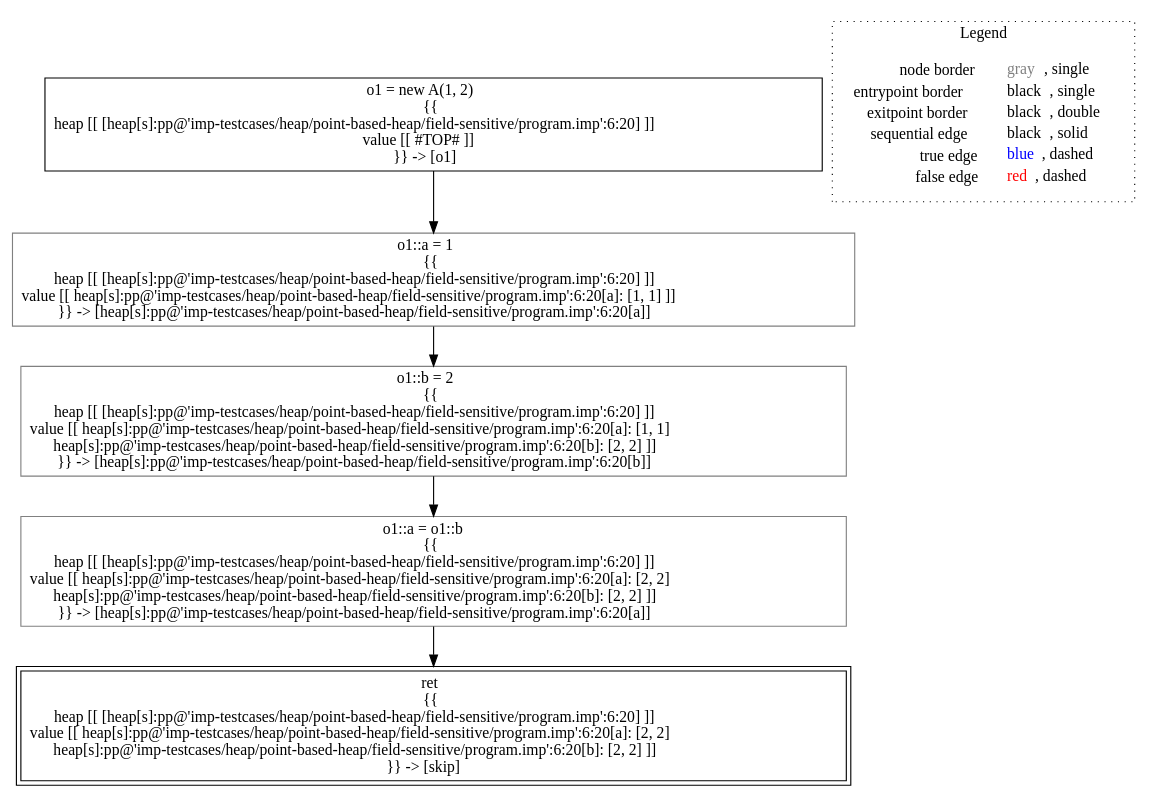
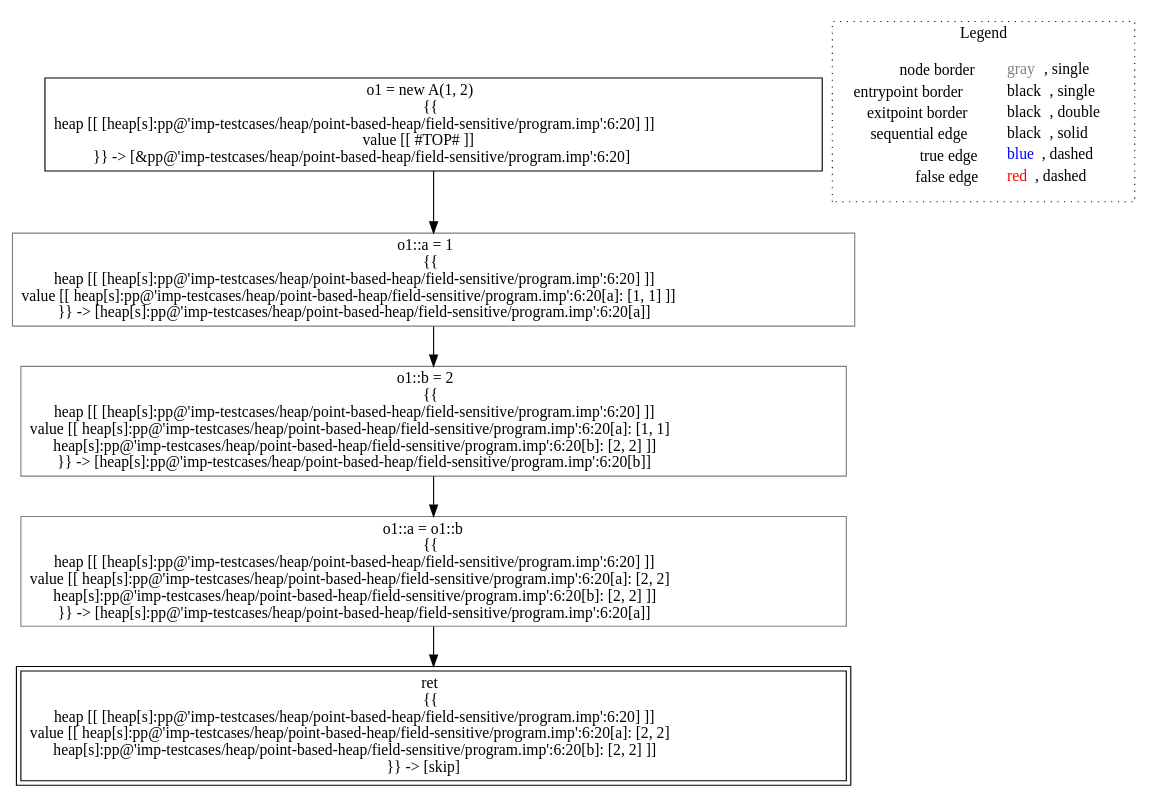
One commit to lisa-analyzer/lisa changed the diagram in lisa/imp-testcases/heap/point-based-heap/field-sensitive/analysis___untyped_A.f1(A_this).dot. Above: the diagram before and after it, drawn with Graphviz. The commit also changed 15 other files, not shown here.

Commit message:
#95 refactoring, simplified point based analysis

```diff
--- a/lisa/imp-testcases/heap/point-based-heap/field-sensitive/analysis___untyped_A.f1(A_this).dot
+++ b/lisa/imp-testcases/heap/point-based-heap/field-sensitive/analysis___untyped_A.f1(A_this).dot
@@ -1,18 +1,18 @@
 digraph {
-	"node0" [shape="rect",color="black",label=<o1 = new A(1, 2)<BR/>{{<BR/>heap [[ [heap[s]:pp@'imp-testcases/heap/point-based-heap/field-sensitive/program.imp':6:20] ]]<BR/>value [[ #TOP# ]]<BR/>}} -&gt; [o1]>];
-	"node1" [shape="rect",color="gray",label=<o1::a = 1<BR/>{{<BR/>heap [[ [heap[s]:pp@'imp-testcases/heap/point-based-heap/field-sensitive/program.imp':6:20] ]]<BR/>value [[ heap[s]:pp@'imp-testcases/heap/point-based-heap/field-sensitive/program.imp':6:20[a]: [1, 1] ]]<BR/>}} -&gt; [heap[s]:pp@'imp-testcases/heap/point-based-heap/field-sensitive/program.imp':6:20[a]]>];
-	"node2" [shape="rect",color="black",peripheries="2",label=<ret<BR/>{{<BR/>heap [[ [heap[s]:pp@'imp-testcases/heap/point-based-heap/field-sensitive/program.imp':6:20] ]]<BR/>value [[ heap[s]:pp@'imp-testcases/heap/point-based-heap/field-sensitive/program.imp':6:20[a]: [2, 2]<BR/>heap[s]:pp@'imp-testcases/heap/point-based-heap/field-sensitive/program.imp':6:20[b]: [2, 2] ]]<BR/>}} -&gt; [skip]>];
-	"node3" [shape="rect",color="gray",label=<o1::a = o1::b<BR/>{{<BR/>heap [[ [heap[s]:pp@'imp-testcases/heap/point-based-heap/field-sensitive/program.imp':6:20] ]]<BR/>value [[ heap[s]:pp@'imp-testcases/heap/point-based-heap/field-sensitive/program.imp':6:20[a]: [2, 2]<BR/>heap[s]:pp@'imp-testcases/heap/point-based-heap/field-sensitive/program.imp':6:20[b]: [2, 2] ]]<BR/>}} -&gt; [heap[s]:pp@'imp-testcases/heap/point-based-heap/field-sensitive/program.imp':6:20[a]]>];
-	"node4" [shape="rect",color="gray",label=<o1::b = 2<BR/>{{<BR/>heap [[ [heap[s]:pp@'imp-testcases/heap/point-based-heap/field-sensitive/program.imp':6:20] ]]<BR/>value [[ heap[s]:pp@'imp-testcases/heap/point-based-heap/field-sensitive/program.imp':6:20[a]: [1, 1]<BR/>heap[s]:pp@'imp-testcases/heap/point-based-heap/field-sensitive/program.imp':6:20[b]: [2, 2] ]]<BR/>}} -&gt; [heap[s]:pp@'imp-testcases/heap/point-based-heap/field-sensitive/program.imp':6:20[b]]>];
+	"node0" [shape="rect",color="black",label=<o1 = new A(1, 2)<BR/>{{<BR/>heap [[ [heap[s]:pp@'imp-testcases/heap/point-based-heap/field-sensitive/program.imp':6:20] ]]<BR/>value [[ #TOP# ]]<BR/>}} -&gt; [&amp;pp@'imp-testcases/heap/point-based-heap/field-sensitive/program.imp':6:20]>];
+	"node1" [shape="rect",color="gray",label=<o1::b = 2<BR/>{{<BR/>heap [[ [heap[s]:pp@'imp-testcases/heap/point-based-heap/field-sensitive/program.imp':6:20] ]]<BR/>value [[ heap[s]:pp@'imp-testcases/heap/point-based-heap/field-sensitive/program.imp':6:20[a]: [1, 1]<BR/>heap[s]:pp@'imp-testcases/heap/point-based-heap/field-sensitive/program.imp':6:20[b]: [2, 2] ]]<BR/>}} -&gt; [heap[s]:pp@'imp-testcases/heap/point-based-heap/field-sensitive/program.imp':6:20[b]]>];
+	"node2" [shape="rect",color="gray",label=<o1::a = 1<BR/>{{<BR/>heap [[ [heap[s]:pp@'imp-testcases/heap/point-based-heap/field-sensitive/program.imp':6:20] ]]<BR/>value [[ heap[s]:pp@'imp-testcases/heap/point-based-heap/field-sensitive/program.imp':6:20[a]: [1, 1] ]]<BR/>}} -&gt; [heap[s]:pp@'imp-testcases/heap/point-based-heap/field-sensitive/program.imp':6:20[a]]>];
+	"node3" [shape="rect",color="black",peripheries="2",label=<ret<BR/>{{<BR/>heap [[ [heap[s]:pp@'imp-testcases/heap/point-based-heap/field-sensitive/program.imp':6:20] ]]<BR/>value [[ heap[s]:pp@'imp-testcases/heap/point-based-heap/field-sensitive/program.imp':6:20[a]: [2, 2]<BR/>heap[s]:pp@'imp-testcases/heap/point-based-heap/field-sensitive/program.imp':6:20[b]: [2, 2] ]]<BR/>}} -&gt; [skip]>];
+	"node4" [shape="rect",color="gray",label=<o1::a = o1::b<BR/>{{<BR/>heap [[ [heap[s]:pp@'imp-testcases/heap/point-based-heap/field-sensitive/program.imp':6:20] ]]<BR/>value [[ heap[s]:pp@'imp-testcases/heap/point-based-heap/field-sensitive/program.imp':6:20[a]: [2, 2]<BR/>heap[s]:pp@'imp-testcases/heap/point-based-heap/field-sensitive/program.imp':6:20[b]: [2, 2] ]]<BR/>}} -&gt; [heap[s]:pp@'imp-testcases/heap/point-based-heap/field-sensitive/program.imp':6:20[a]]>];
 	"node1" -> "node4" [color="black"];
-	"node0" -> "node1" [color="black"];
-	"node3" -> "node2" [color="black"];
+	"node2" -> "node1" [color="black"];
+	"node0" -> "node2" [color="black"];
 	"node4" -> "node3" [color="black"];
 subgraph cluster_legend {
 	label="Legend";
 	style=dotted;
 	node [shape=plaintext];
 	"legend" [label=<<table border="0" cellpadding="2" cellspacing="0" cellborder="0"><tr><td align="right">node border&nbsp;</td><td align="left"><font color="gray">gray</font>, single</td></tr><tr><td align="right">entrypoint border&nbsp;</td><td align="left"><font color="black">black</font>, single</td></tr><tr><td align="right">exitpoint border&nbsp;</td><td align="left"><font color="black">black</font>, double</td></tr><tr><td align="right">sequential edge&nbsp;</td><td align="left"><font color="black">black</font>, solid</td></tr><tr><td align="right">true edge&nbsp;</td><td align="left"><font color="blue">blue</font>, dashed</td></tr><tr><td align="right">false edge&nbsp;</td><td align="left"><font color="red">red</font>, dashed</td></tr></table>>];
 }
 
 }
```
